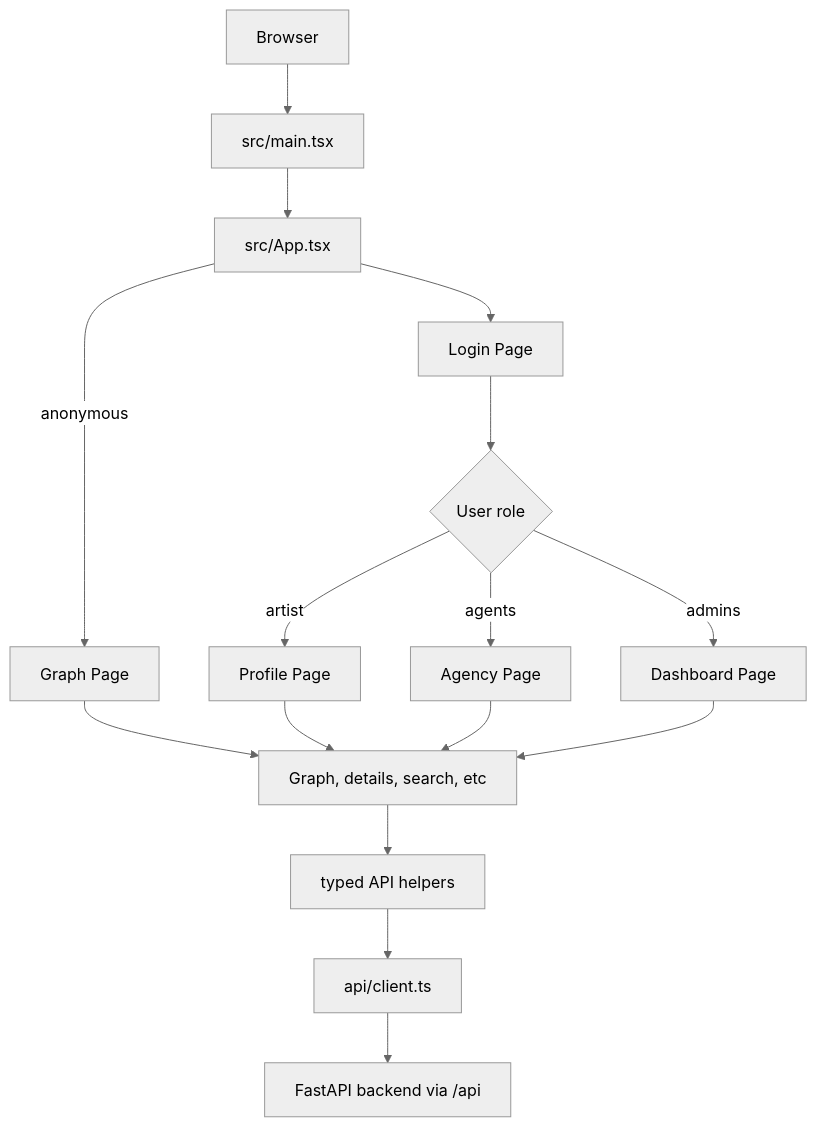
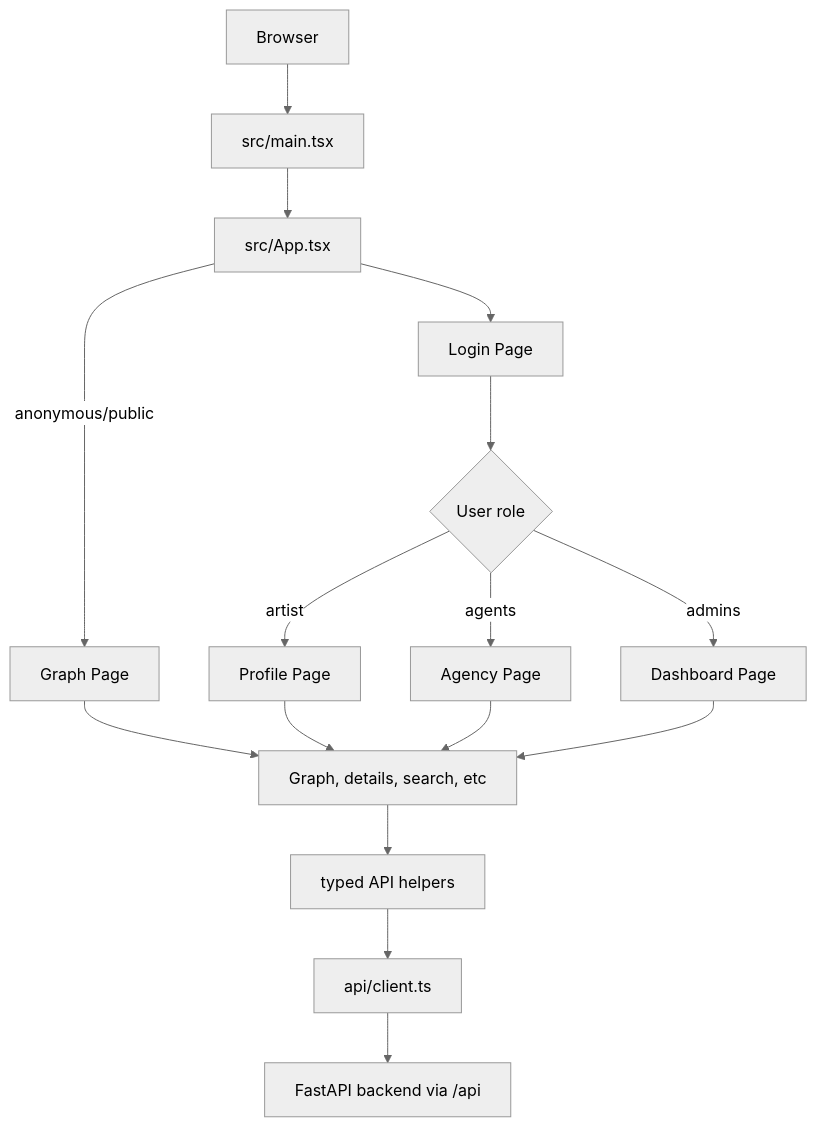
Before and after one commit to tghnx1/scenegraph: the diagram in frontend/README.md, drawn with Mermaid (neutral theme). The commit also changed other lines of this file, not shown here.

Commit message:
README: add some explanation for the dashboard page

````diff
--- a/frontend/README.md
+++ b/frontend/README.md
@@ -32,21 +33,21 @@
 ```mermaid
 flowchart TD
     Browser["Browser"] --> Main["src/main.tsx"]
     Main --> App["src/App.tsx"]
     
-		App --> |anonymous| Graph["Graph Page"]
+		App --> |anonymous/public| Graph["Graph Page"]
 		App --> Login["Login Page"]
 		
 		Login --> Role{"User role"} 
 		Role --> |artist| Profile["Profile Page"]
 		Role --> |agents| Agency["Agency Page"]
 		Role --> |admins| Dashboard["Dashboard Page"]
 
 		Graph --> Interface["Graph, details, search, etc"]
 		Profile --> Interface
 		Agency --> Interface
 		Dashboard --> Interface
 		Interface --> ApiFiles["typed API helpers"]
 		ApiFiles --> Client["api/client.ts"]
 		Client --> Backend["FastAPI backend via /api"]
 ```
````
